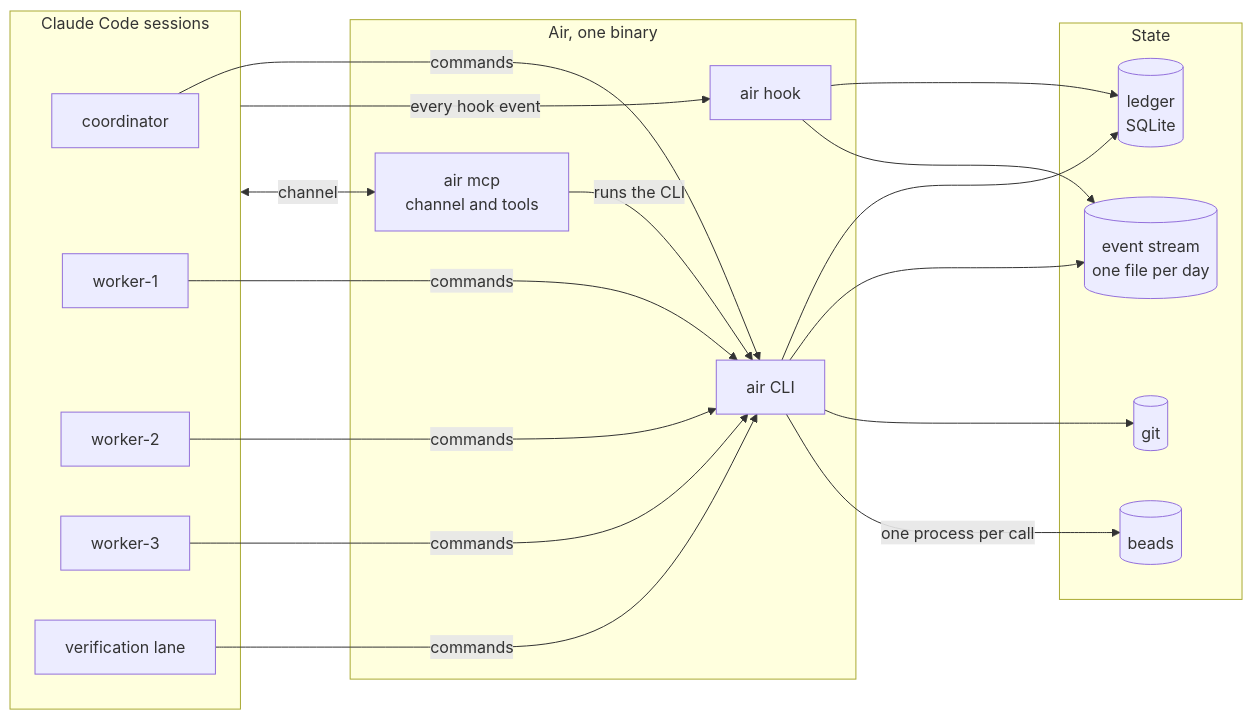
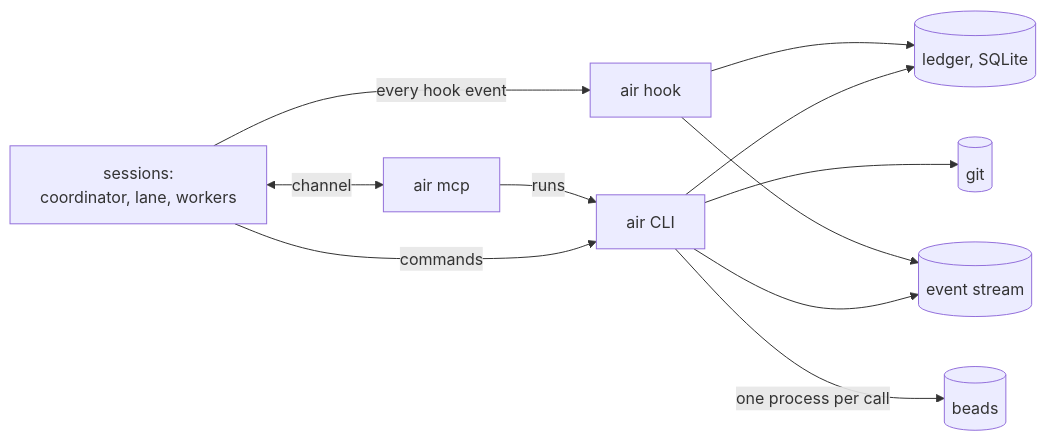
Before and after one commit to AJTJ/airunner: the first of 8 diagrams in docs/design.md, drawn with Mermaid. The commit also changed other lines of this file and 1 other file, not shown here.

````diff
--- a/docs/design.md
+++ b/docs/design.md
@@ -35,35 +27,13 @@
 ```mermaid
 flowchart LR
-  subgraph harness [Claude Code sessions]
-    C[coordinator]
-    W1[worker-1]
-    W2[worker-2]
-    W3[worker-3]
-    L[verification lane]
-  end
-  subgraph air [Air, one binary]
-    CLI[air CLI]
-    HOOK[air hook]
-    MCP[air mcp<br/>channel and tools]
-  end
-  subgraph stores [State]
-    LEDGER[(ledger<br/>SQLite)]
-    EV[(event stream<br/>one file per day)]
-    GIT[(git)]
-    BD[(beads)]
-  end
-  C -->|commands| CLI
-  W1 -->|commands| CLI
-  W2 -->|commands| CLI
-  W3 -->|commands| CLI
-  L -->|commands| CLI
-  harness -->|every hook event| HOOK
-  harness <-->|channel| MCP
-  CLI --> LEDGER
+  S[sessions:<br/>coordinator, lane, workers] -->|commands| CLI[air CLI]
+  S -->|every hook event| HOOK[air hook]
+  S <-->|channel| MCP[air mcp]
+  MCP -->|runs| CLI
+  CLI --> LEDGER[(ledger, SQLite)]
   HOOK --> LEDGER
-  MCP -->|runs the CLI| CLI
-  CLI --> EV
+  CLI --> EV[(event stream)]
   HOOK --> EV
-  CLI --> GIT
-  CLI -->|one process per call| BD
+  CLI --> GIT[(git)]
+  CLI -->|one process per call| BD[(beads)]
 ```
````
